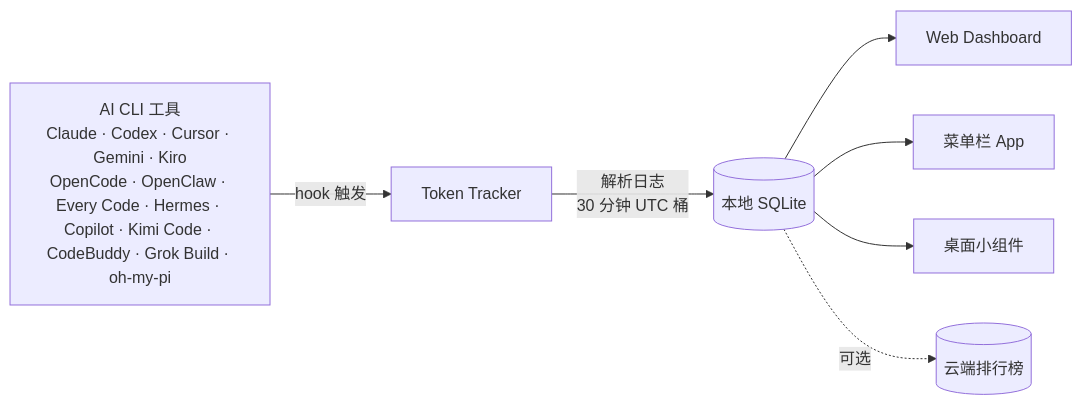
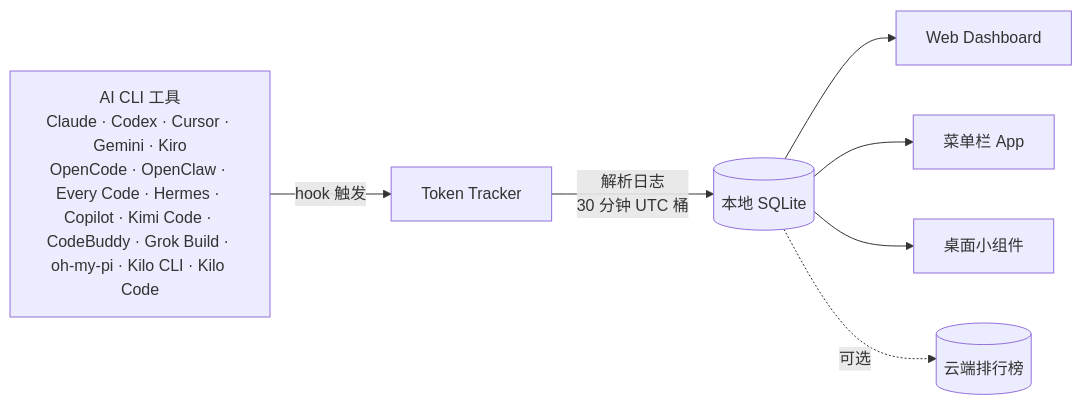
Before and after one commit to mm7894215/TokenTracker: the diagram in README.zh-CN.md, drawn with Mermaid. The commit also changed other lines of this file, not shown here.

````diff
--- a/README.zh-CN.md
+++ b/README.zh-CN.md
@@ -190,10 +192,10 @@
 ```mermaid
 flowchart LR
-    A["AI CLI 工具<br/>Claude · Codex · Cursor · Gemini · Kiro<br/>OpenCode · OpenClaw · Every Code · Hermes · Copilot · Kimi Code · CodeBuddy · Grok Build · oh-my-pi"]
+    A["AI CLI 工具<br/>Claude · Codex · Cursor · Gemini · Kiro<br/>OpenCode · OpenClaw · Every Code · Hermes · Copilot · Kimi Code · CodeBuddy · Grok Build · oh-my-pi · Kilo CLI · Kilo Code"]
     A -->|hook 触发| B[Token Tracker]
     B -->|解析日志<br/>30 分钟 UTC 桶| C[(本地 SQLite)]
     C --> D[Web Dashboard]
     C --> E[菜单栏 App]
     C --> F[桌面小组件]
     C -.->|可选| G[(云端排行榜)]
 ```
````
